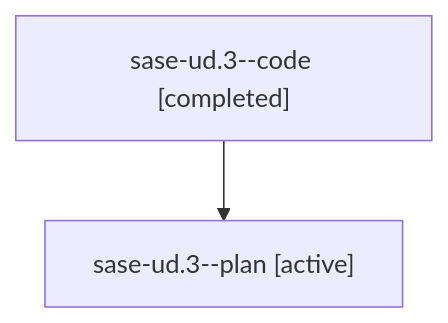
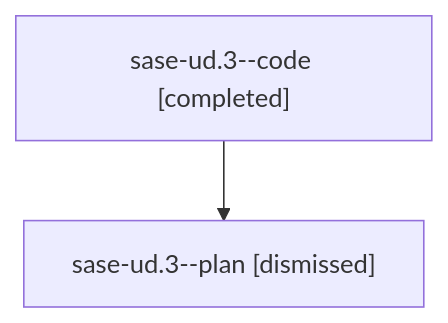
Before and after one commit to sase-org/sase--agents: the diagram in sessions/bbugyi200.athena.sase-ud.3.md, drawn with Mermaid. The commit also changed other lines of this file and 380 other files, not shown here.

````diff
--- a/sessions/bbugyi200.athena.sase-ud.3.md
+++ b/sessions/bbugyi200.athena.sase-ud.3.md
@@ -9,6 +9,6 @@
 ```mermaid
 flowchart TD
   n0["sase-ud.3--code [completed]"]
-  n1["sase-ud.3--plan [active]"]
+  n1["sase-ud.3--plan [dismissed]"]
   n0 --> n1
 ```
````
